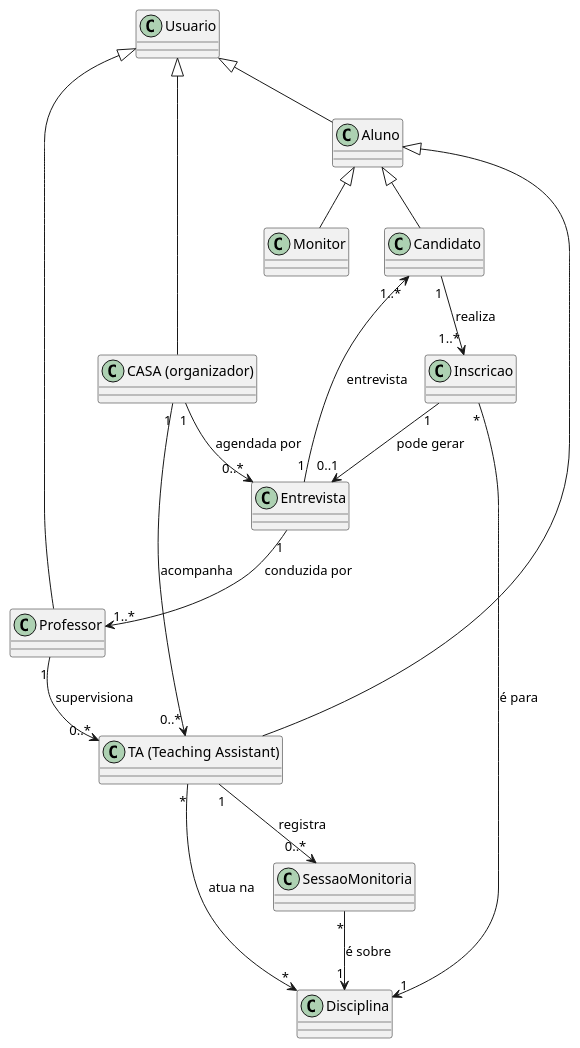
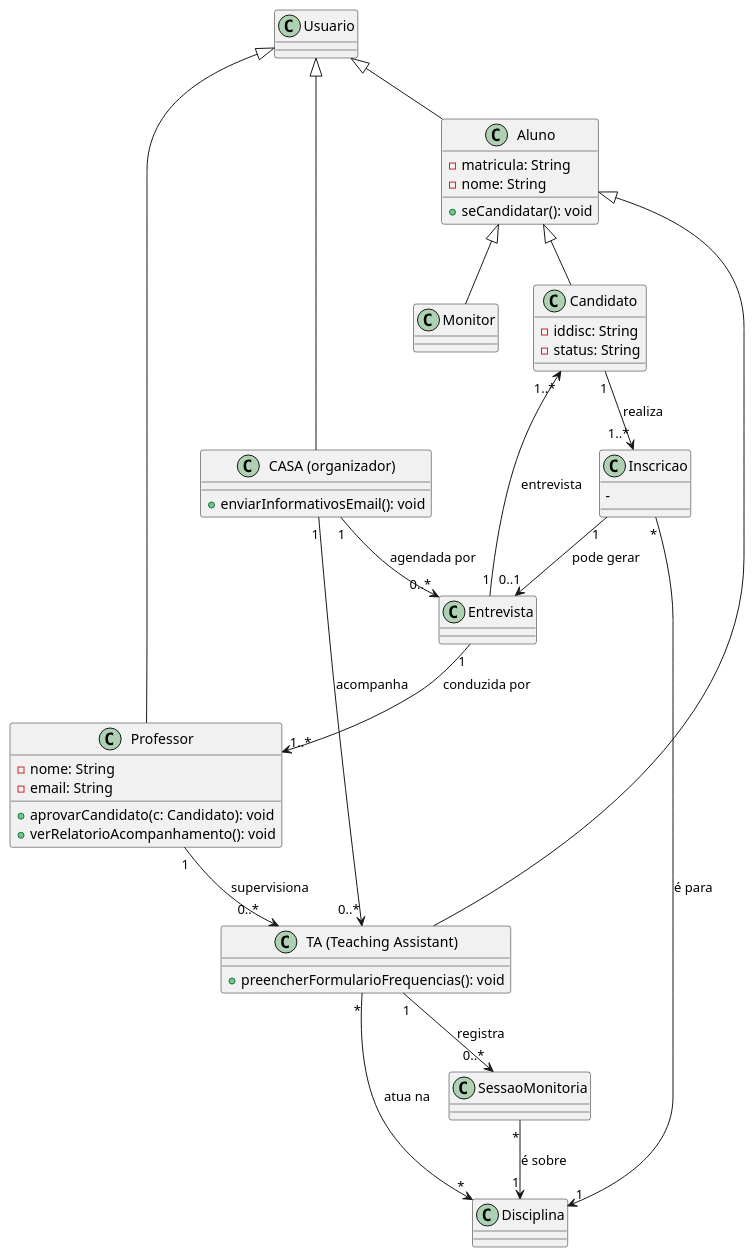
One commit to Projetos-de-Extensao/PBE_25.2_8004_Pioneiros changed the diagram in docs/Elaboracao/diagramaDeClasses.puml. Above: the diagram before and after it, drawn with PlantUML.

Commit message:
alguns metodos no diag de classes

```diff
--- a/docs/Elaboracao/diagramaDeClasses.puml
+++ b/docs/Elaboracao/diagramaDeClasses.puml
@@ -1,43 +1,66 @@
 @startuml
 
 ' Definição das classes
 class Usuario
-class Aluno
-class Professor
-class "CASA (organizador)" as CASA
-class Candidato
+class Aluno {
+    - matricula: String
+    - nome: String  
+
+    + seCandidatar(): void
+}
+class Professor {
+    - nome: String
+    - email: String
+
+    + aprovarCandidato(c: Candidato): void
+    + verRelatorioAcompanhamento(): void
+
+}
+class "CASA (organizador)" as CASA {
+    
+    + enviarInformativosEmail(): void
+}
+class Candidato {
+    - iddisc: String
+    - status: String
+}
 class Monitor
-class "TA (Teaching Assistant)" as TA
+class "TA (Teaching Assistant)" as TA {
+
+    + preencherFormularioFrequencias(): void
+}
 class Disciplina
-class Inscricao
+class Inscricao {
+    - 
+}
 class Entrevista
 class SessaoMonitoria
 
 ' Relacionamentos de Herança (Generalização)
 ' Um Aluno, Professor e CASA são tipos de Usuário.
 Usuario <|-- Aluno
 Usuario <|-- Professor
 Usuario <|-- CASA
 
 ' Candidato, Monitor e TA são papéis/especializações de um Aluno.
 Aluno <|-- Candidato
 Aluno <|-- Monitor
 Aluno <|-- TA
 
 ' Relacionamentos de Associação com Multiplicidade
 ' O fluxo de inscrição e entrevista
 Candidato "1" --> "1..*" Inscricao : realiza
 Inscricao "*" --> "1" Disciplina : é para
 Inscricao "1" --> "0..1" Entrevista : pode gerar
 Entrevista "1" --> "1..*" Candidato : entrevista
 Entrevista "1" --> "1..*" Professor : conduzida por
 CASA "1" --> "0..*" Entrevista : agendada por
 
 ' O fluxo de monitoria e acompanhamento
 TA "*" --> "*" Disciplina : atua na
 TA "1" --> "0..*" SessaoMonitoria : registra
 SessaoMonitoria "*" --> "1" Disciplina : é sobre
 Professor "1" --> "0..*" TA : supervisiona
 CASA "1" --> "0..*" TA : acompanha
 
 @enduml
```
